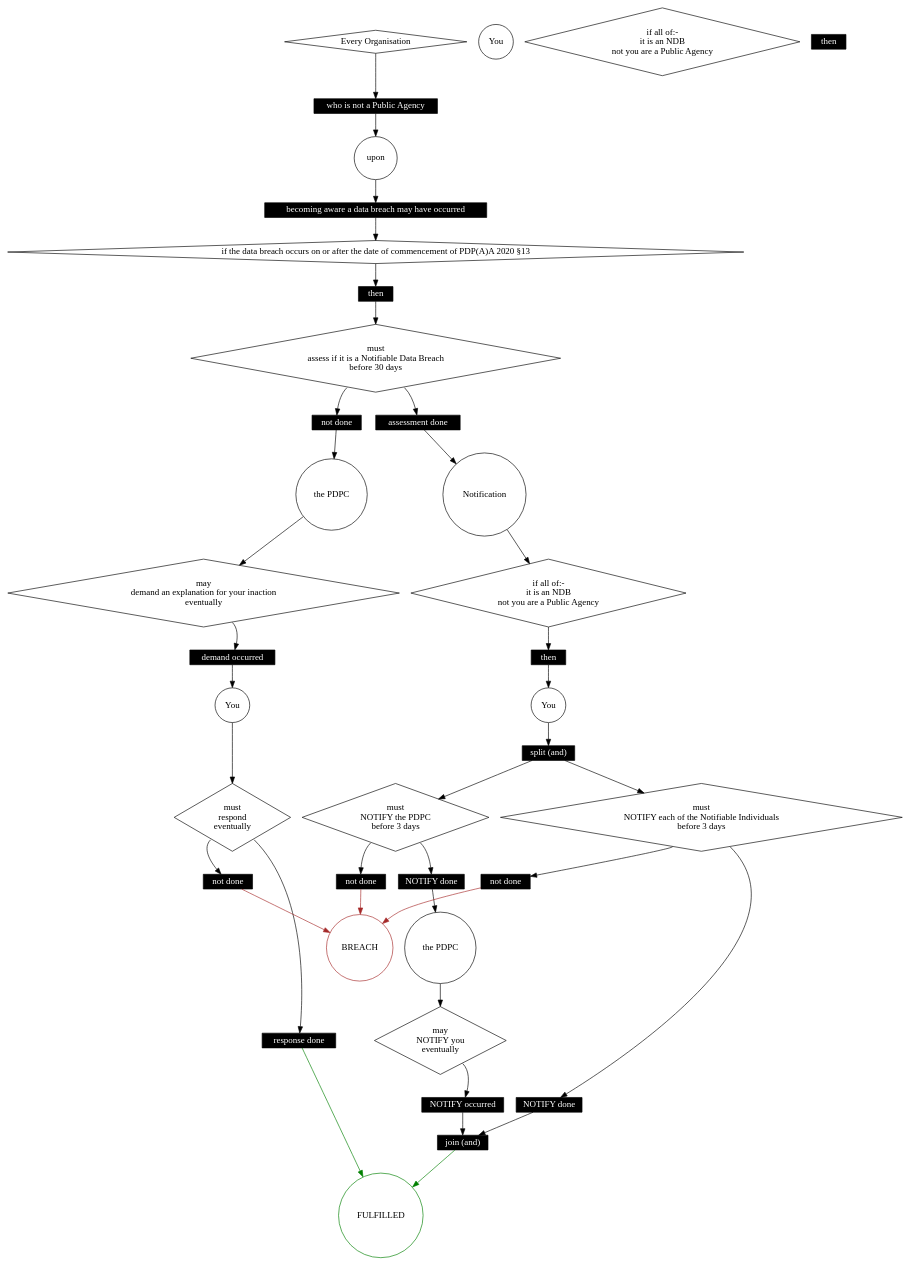
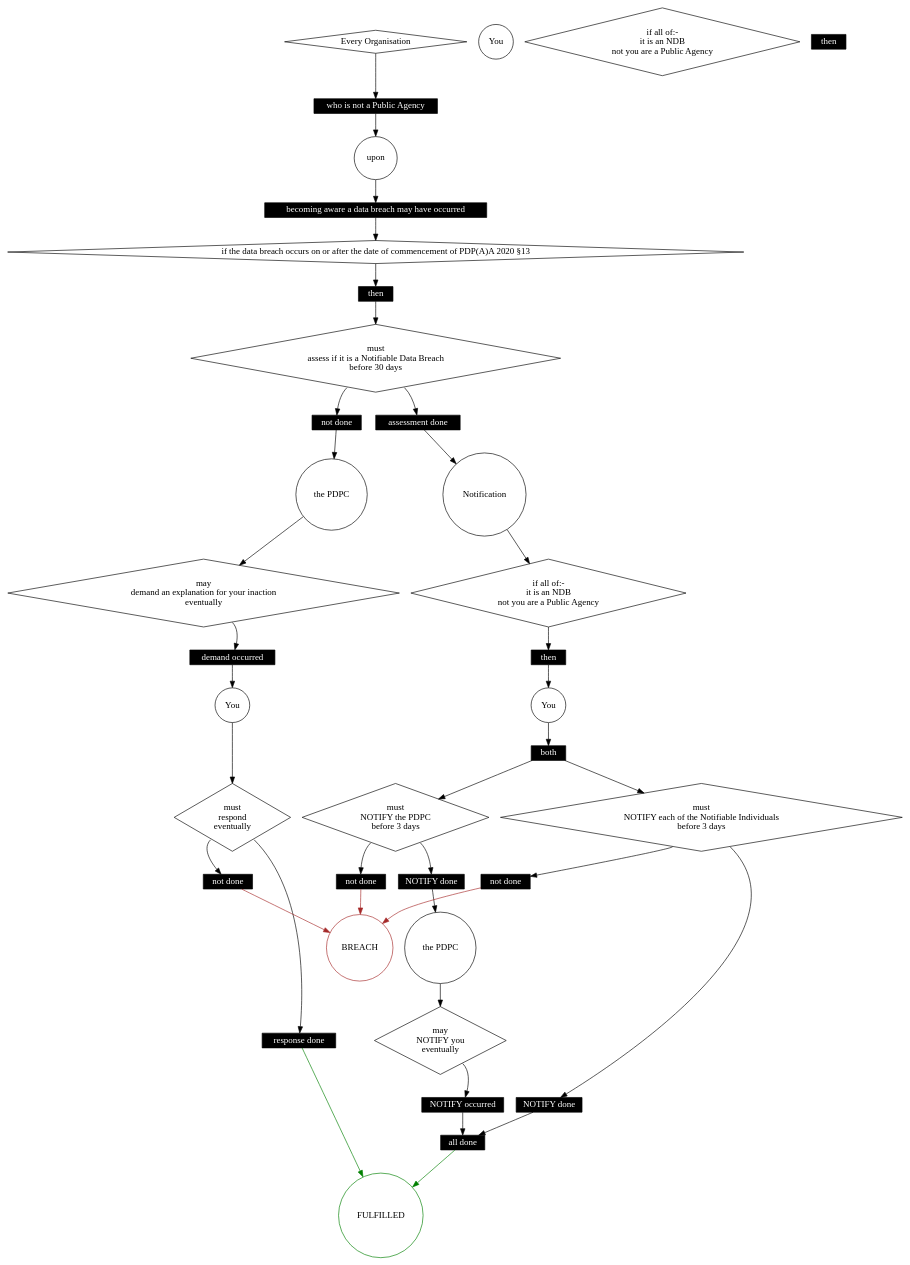
Before and after one commit to smucclaw/dsl: the diagram in mengwong/mp/petri.dot, drawn with Graphviz. The commit also changed 2 other files, not shown here.

Commit message:
for splitting, "both" sounds a bit more natural

```diff
--- a/mengwong/mp/petri.dot
+++ b/mengwong/mp/petri.dot
@@ -1,156 +1,156 @@
 digraph {
     graph [compound=true];
     subgraph places {
         node [shape=circle];
         0 [label=BREACH
           ,color=brown
           ,comment=IsInfra];
         1 [label=FULFILLED
           ,color=green
           ,comment=IsInfra];
         2 [label="Every Organisation"
           ,shape=diamond
           ,comment=IsFirstNode
           ,comment="OrigRL \"Assess\""
           ,comment=IsParty];
         4 [label=upon];
         6 [label="if the data breach occurs on or after the date of commencement of PDP(A)A 2020 §13"
           ,shape=diamond
           ,comment=IsCond];
         8 [label="must\nassess if it is a Notifiable Data Breach\nbefore 30 days"
           ,shape=diamond
           ,comment=IsDeon];
         11 [label=Notification
            ,comment=IsFirstNode
            ,comment=FromRuleAlias
            ,comment="OrigRL \"Notification\""];
         12 [label="the PDPC"];
         13 [label="may\ndemand an explanation for your inaction\neventually"
            ,shape=diamond
            ,comment=IsDeon];
         15 [label=You];
         16 [label="must\nrespond\neventually"
            ,shape=diamond
            ,comment=IsDeon];
         19 [label=You
            ,comment=IsFirstNode
            ,comment="OrigRL \"Notify PDPC\""
            ,comment=IsParty];
         20 [label="if all of:-\nit is an NDB\nnot you are a Public Agency"
            ,shape=diamond
            ,comment=IsCond];
         22 [label="must\nNOTIFY the PDPC\nbefore 3 days"
            ,shape=diamond
            ,comment=IsDeon];
         25 [label="the PDPC"];
         26 [label="may\nNOTIFY you\neventually"
            ,shape=diamond
            ,comment=IsDeon];
         28 [label=You
            ,comment=IsFirstNode
            ,comment="OrigRL \"Notify Individuals\""
            ,comment=IsParty];
         29 [label="if all of:-\nit is an NDB\nnot you are a Public Agency"
            ,shape=diamond
            ,comment=IsCond];
         31 [label="must\nNOTIFY each of the Notifiable Individuals\nbefore 3 days"
            ,shape=diamond
            ,comment=IsDeon];
     }
     subgraph transitions {
         node [shape=box
              ,height=0.2
              ,style=filled
              ,fillcolor=black
              ,fontcolor=white
              ,fontname=Monaco];
         3 [label="who is not a Public Agency"];
         5 [label="becoming aware a data breach may have occurred"];
         7 [label=then,comment=IsThen];
         9 [label="assessment done"
           ,comment="Temporal \"before 30 days\""
           ,comment=IsLastHappy
           ,comment="OrigRL \"Assess\""];
         10 [label="not done"];
         14 [label="demand occurred"
            ,comment="Temporal \"eventually\""
            ,comment=IsLastHappy
            ,comment="OrigRL \"Assess\""];
         17 [label="response done"
            ,comment="Temporal \"eventually\""
            ,comment=IsLastHappy
            ,comment="OrigRL \"Assess\""];
         18 [label="not done"];
         21 [label=then,comment=IsThen];
         23 [label="NOTIFY done"
            ,comment="Temporal \"before 3 days\""
            ,comment=IsLastHappy
            ,comment="OrigRL \"Notify PDPC\""];
         24 [label="not done"];
         27 [label="NOTIFY occurred"
            ,comment="Temporal \"eventually\""
            ,comment=IsLastHappy
            ,comment="OrigRL \"Notify PDPC\""];
         30 [label=then,comment=IsThen];
         32 [label="NOTIFY done"
            ,comment="Temporal \"before 3 days\""
            ,comment=IsLastHappy
            ,comment="OrigRL \"Notify Individuals\""];
         33 [label="not done"];
-        34 [label="split (and)"
+        34 [label=both
            ,comment=IsInfra
-           ,comment=IsSplit
-           ,comment=IsAnd];
-        35 [label="join (and)"
+           ,comment=IsAnd
+           ,comment=IsSplit];
+        35 [label="all done"
            ,comment=IsInfra
-           ,comment=IsJoin
-           ,comment=IsAnd];
+           ,comment=IsAnd
+           ,comment=IsJoin];
     }
     2 -> 3;
     3 -> 4;
     4 -> 5;
     5 -> 6;
     6 -> 7;
     7 -> 8;
     8 -> 9 [tailport=se
            ,comment="southeast for positive"];
     8 -> 10 [tailport=sw
             ,comment="southwest for negative"];
     9 -> 11;
     10 -> 12;
     11 -> 20 [comment="due to mergePetri"];
     12 -> 13;
     13 -> 14 [tailport=se
              ,comment="southeast for positive"];
     14 -> 15;
     15 -> 16;
     16 -> 17 [tailport=se
              ,comment="southeast for positive"];
     16 -> 18 [tailport=sw
              ,comment="southwest for negative"];
     17 -> 1 [color=green];
     18 -> 0 [color=brown];
     19 -> 34 [comment="due to mergePetri"];
     20 -> 21 [comment="due to mergePetri"];
     21 -> 19 [comment="due to mergePetri"];
     22 -> 23 [tailport=se
              ,comment="southeast for positive"];
     22 -> 24 [tailport=sw
              ,comment="southwest for negative"];
     23 -> 25;
     24 -> 0 [color=brown];
     25 -> 26;
     26 -> 27 [tailport=se
              ,comment="southeast for positive"];
     27 -> 35 [comment="added by join from tailnode"];
     31 -> 32 [tailport=se
              ,comment="southeast for positive"];
     31 -> 33 [tailport=sw
              ,comment="southwest for negative"];
     32 -> 35 [comment="added by join from tailnode"];
     33 -> 0 [color=brown];
     34 -> 22 [comment="due to mergePetri"];
     34 -> 31 [comment="due to mergePetri"];
     35 -> 1 [color=green
             ,comment="added by join to fulfilledNode"];
 }
```
